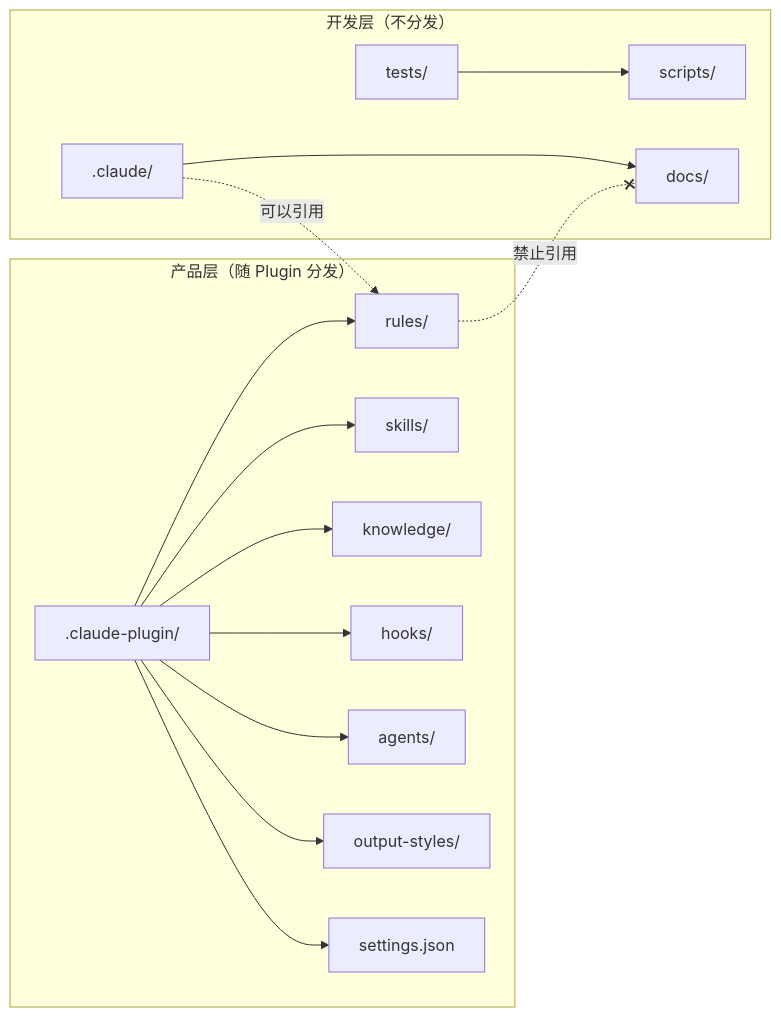
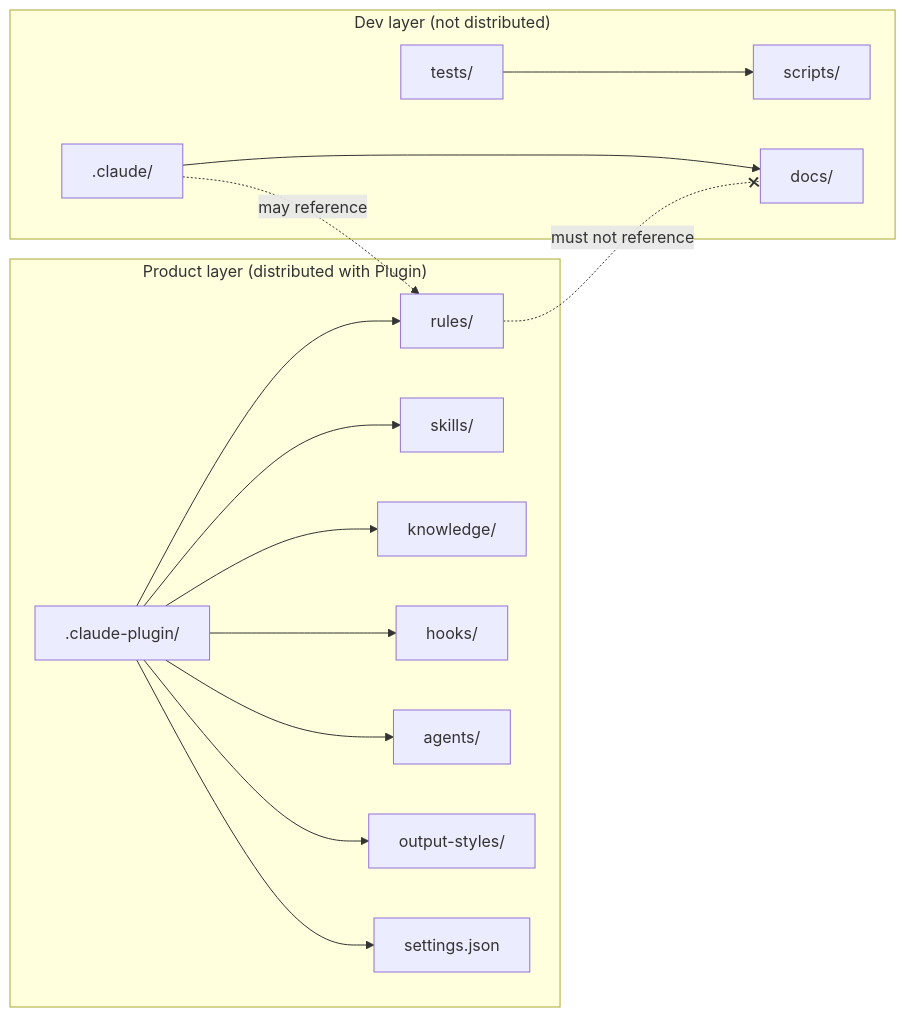
One commit to arch-team/devpace changed the first of 2 diagrams in CONTRIBUTING.md. Above: the diagram before and after it, drawn with Mermaid. The commit also changed other lines of this file and 21 other files, not shown here.

````diff
--- a/CONTRIBUTING.md
+++ b/CONTRIBUTING.md
@@ -71,18 +73,18 @@
 ```mermaid
 graph LR
-    subgraph "产品层（随 Plugin 分发）"
+    subgraph "Product layer (distributed with Plugin)"
         Plugin[".claude-plugin/"] --> RulesP["rules/"]
         Plugin --> SkillsP["skills/"]
         Plugin --> KnowledgeP["knowledge/"]
         Plugin --> HooksP["hooks/"]
         Plugin --> AgentsP["agents/"]
         Plugin --> OutputStylesP["output-styles/"]
         Plugin --> SettingsP["settings.json"]
     end
-    subgraph "开发层（不分发）"
+    subgraph "Dev layer (not distributed)"
         ClaudeDir[".claude/"] --> Docs["docs/"]
         Tests["tests/"] --> Scripts["scripts/"]
     end
-    ClaudeDir -.->|"可以引用"| RulesP
-    RulesP -.-x|"禁止引用"| Docs
+    ClaudeDir -.->|"may reference"| RulesP
+    RulesP -.-x|"must not reference"| Docs
 ```
````
